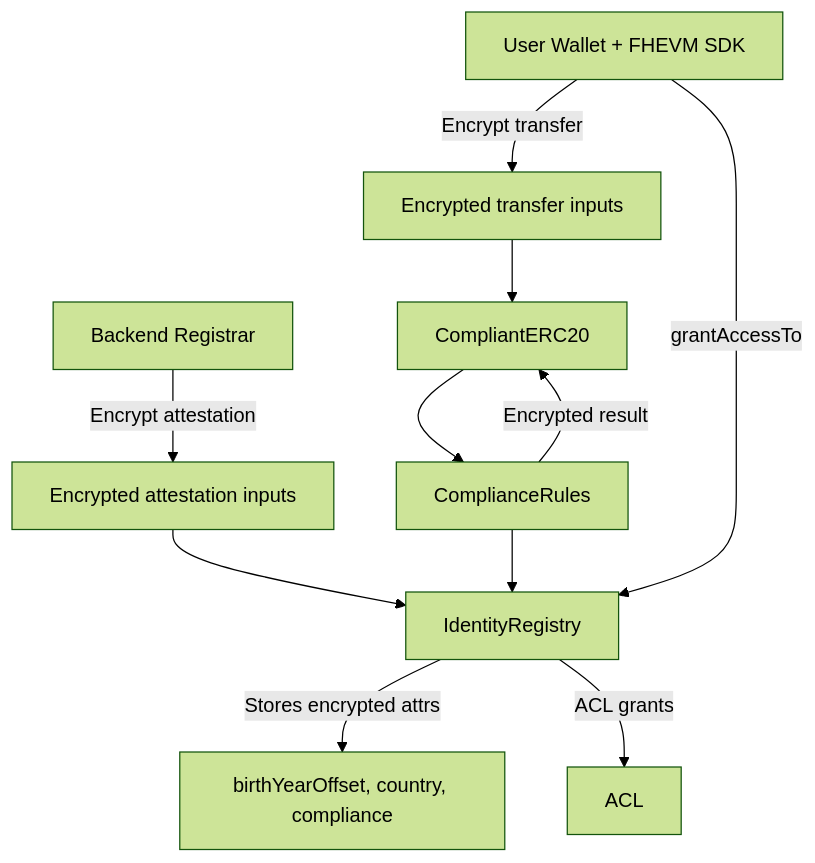
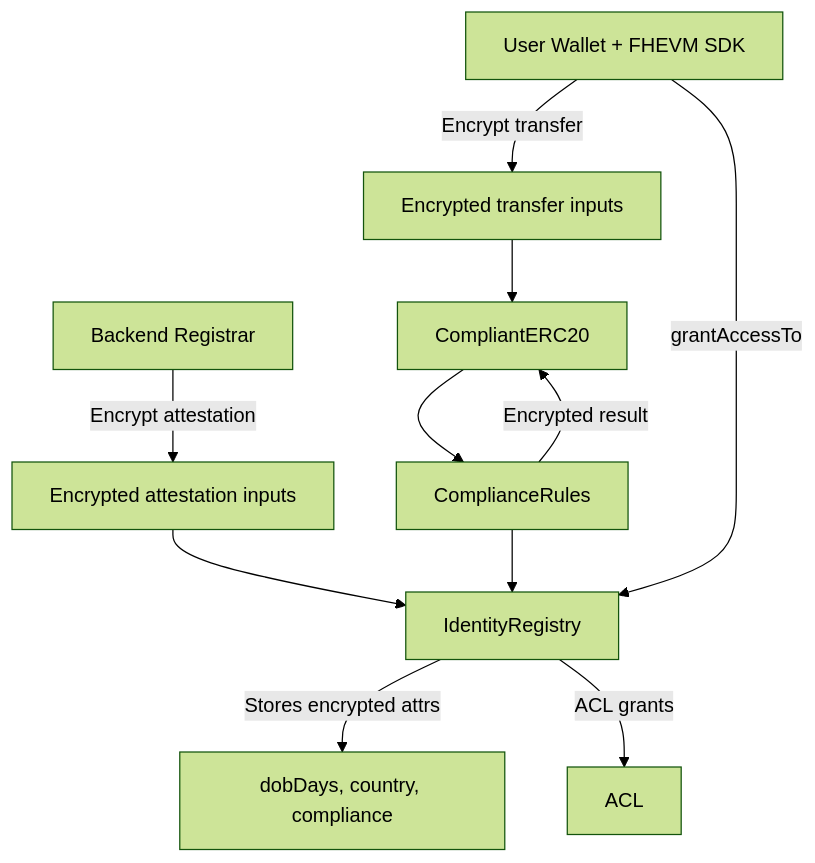
Before and after one commit to gustavovalverde/zentity: the fifth of 9 diagrams in docs/web3-architecture.md, drawn with Mermaid (forest theme). The commit also changed other lines of this file and 69 other files, not shown here.

First line of the commit message:
refactor(fhe): migrate to dobDays format and optimize test infrastructure

````diff
--- a/docs/web3-architecture.md
+++ b/docs/web3-architecture.md
@@ -263,21 +263,21 @@
 ```mermaid
 flowchart TD
   User["User Wallet + FHEVM SDK"]
   Registrar["Backend Registrar"]
   AttIn["Encrypted attestation inputs"]
   EncIn["Encrypted transfer inputs"]
 
   User -- "Encrypt transfer" --> EncIn
   Registrar -- "Encrypt attestation" --> AttIn
 
   AttIn --> IR["IdentityRegistry"]
   EncIn --> ERC["CompliantERC20"]
 
-  IR -- "Stores encrypted attrs" --> IRState["birthYearOffset, country, compliance"]
+  IR -- "Stores encrypted attrs" --> IRState["dobDays, country, compliance"]
   IR -- "ACL grants" --> ACL
   ERC --> CR["ComplianceRules"]
   CR --> IR
   CR -- "Encrypted result" --> ERC
 
   User -- "grantAccessTo" --> IR
 ```
````
